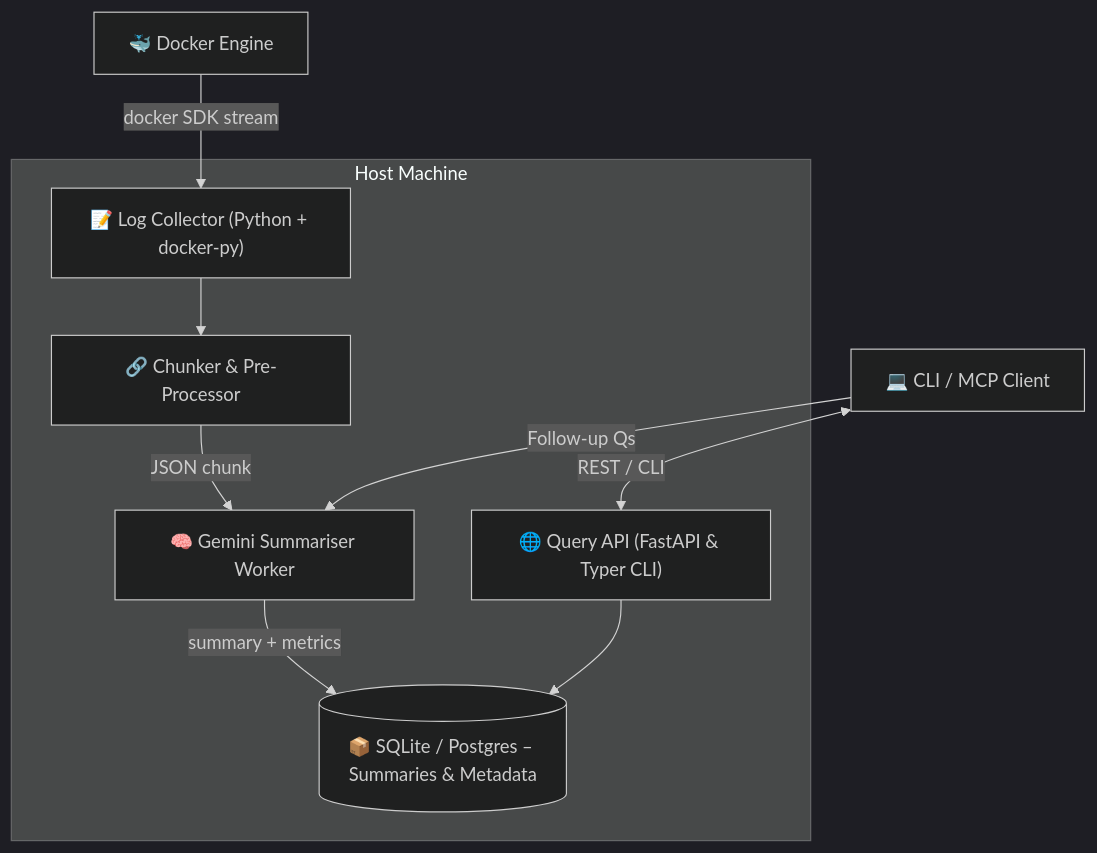
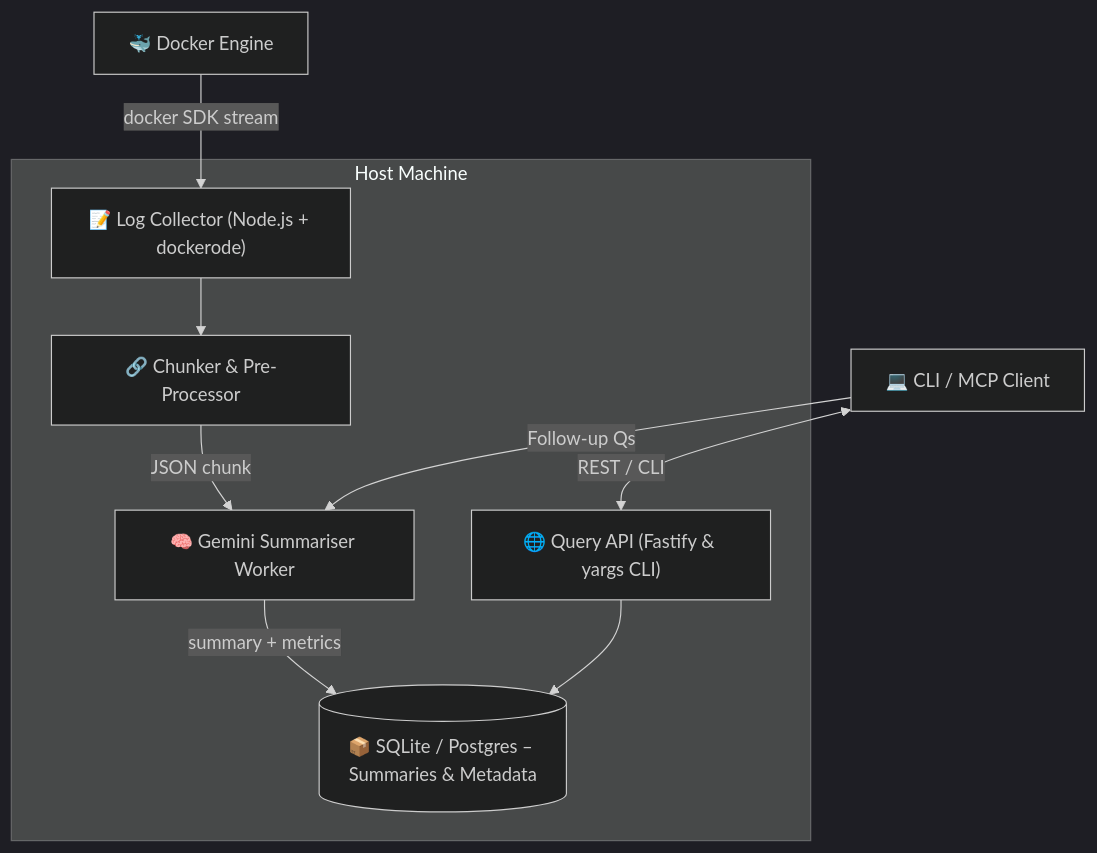
The diagram in docs/architecture-docker-mcp.md (stanley-marketing/docker-container-logs), drawn with Mermaid (dark theme) before and after one commit. The commit also changed other lines of this file and 4 other files, not shown here.

Commit message:
updated to nodejs architecture

````diff
--- a/docs/architecture-docker-mcp.md
+++ b/docs/architecture-docker-mcp.md
@@ -7,20 +7,20 @@
 ```mermaid
 graph TD
     subgraph "Host Machine"
-        LC["📝 Log Collector (Python + docker-py)"]
+        LC["📝 Log Collector (Node.js + dockerode)"]
         CH["🔗 Chunker & Pre-Processor"]
         SUM["🧠 Gemini Summariser Worker"]
         DB[("📦 SQLite / Postgres – Summaries & Metadata")]
-        API["🌐 Query API (FastAPI & Typer CLI)"]
+        API["🌐 Query API (Fastify & yargs CLI)"]
     end
     UserCLI["💻 CLI / MCP Client"]
     DockerEngine["🐳 Docker Engine"]
 
     DockerEngine -->|"docker SDK stream"| LC
     LC --> CH
     CH -->|"JSON chunk"| SUM
     SUM -->|"summary + metrics"| DB
     API --> DB
     UserCLI <-->|"REST / CLI"| API
     UserCLI -->|"Follow-up Qs"| SUM
 ```
````
